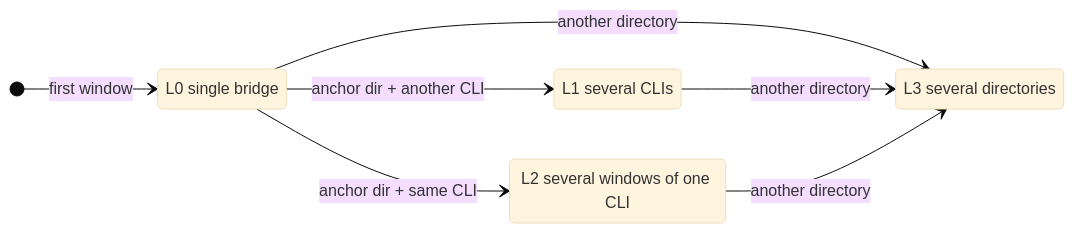
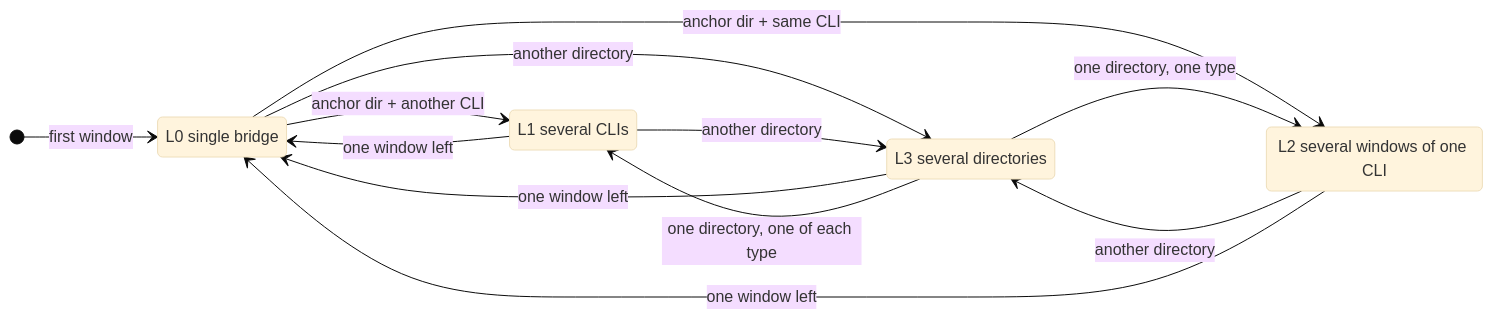
Before and after one commit to UNLINEARITY/CLI-WeChat-Bridge: the first of 5 diagrams in docs/bridge-modes_EN.md, drawn with Mermaid (base theme). The commit also changed other lines of this file and 14 other files, not shown here.

````diff
--- a/docs/bridge-modes_EN.md
+++ b/docs/bridge-modes_EN.md
@@ -13,14 +13,19 @@
 ```mermaid
 stateDiagram-v2
     direction LR
     state "L0 single bridge" as L0
     state "L1 several CLIs" as L1
     state "L2 several windows of one CLI" as L2
     state "L3 several directories" as L3
     [*] --> L0: first window
     L0 --> L1: anchor dir + another CLI
     L0 --> L2: anchor dir + same CLI
     L0 --> L3: another directory
     L1 --> L3: another directory
     L2 --> L3: another directory
+    L1 --> L0: one window left
+    L2 --> L0: one window left
+    L3 --> L0: one window left
+    L3 --> L1: one directory, one of each type
+    L3 --> L2: one directory, one type
 ```
````
